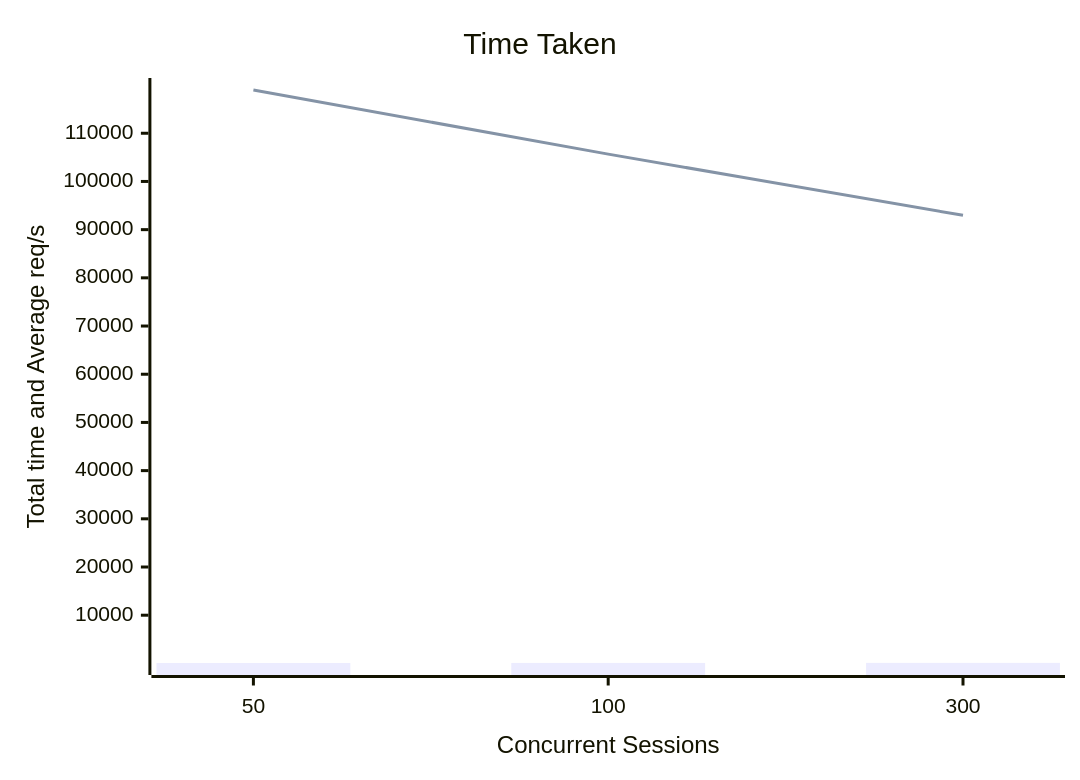
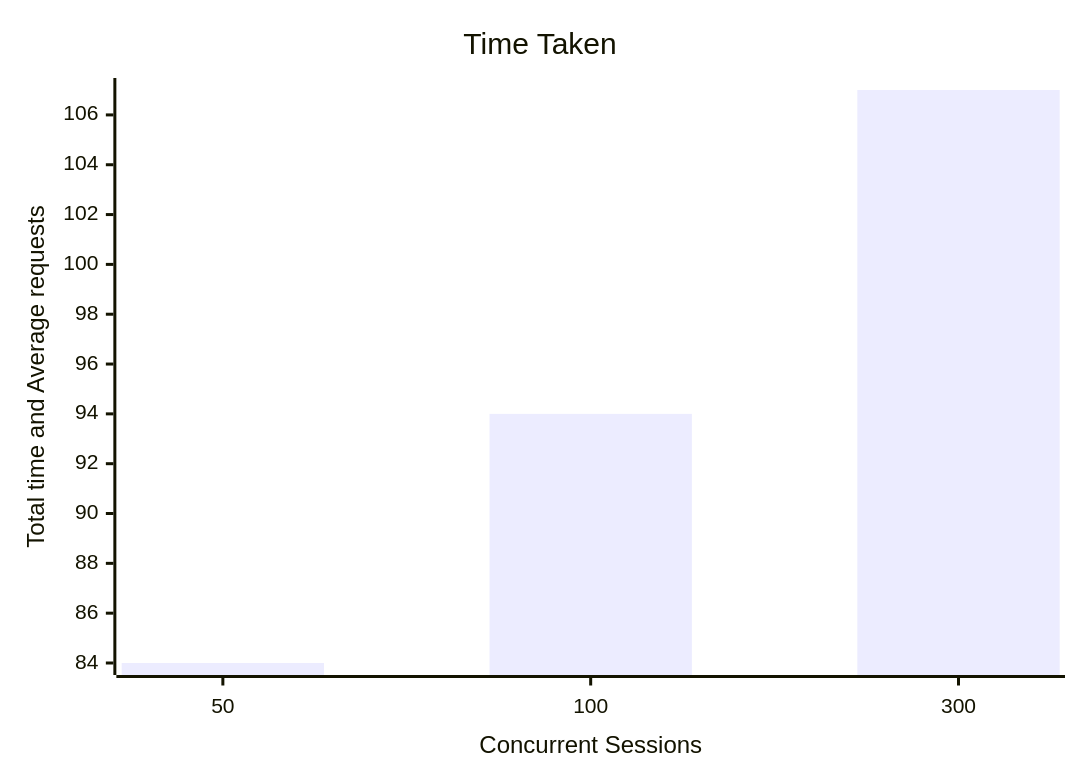
Before and after one commit to romdalf/ocp-projects: the diagram in docs/testing/benchmarking.md, drawn with Mermaid.

````diff
--- a/docs/testing/benchmarking.md
+++ b/docs/testing/benchmarking.md
@@ -403,8 +403,7 @@
 ```mermaid
 xychart-beta
   title "Time Taken"
-  x-axis "Concurrent Sessions" [50,100,300]
-  y-axis "Total time and Average req/s" 
+  x-axis "Concurrent Sessions" [50, 100, 300]
+  y-axis "Total time and Average requests" 
   bar [84, 94, 107]
-  line [118974, 105666, 92972]
 ```
````
